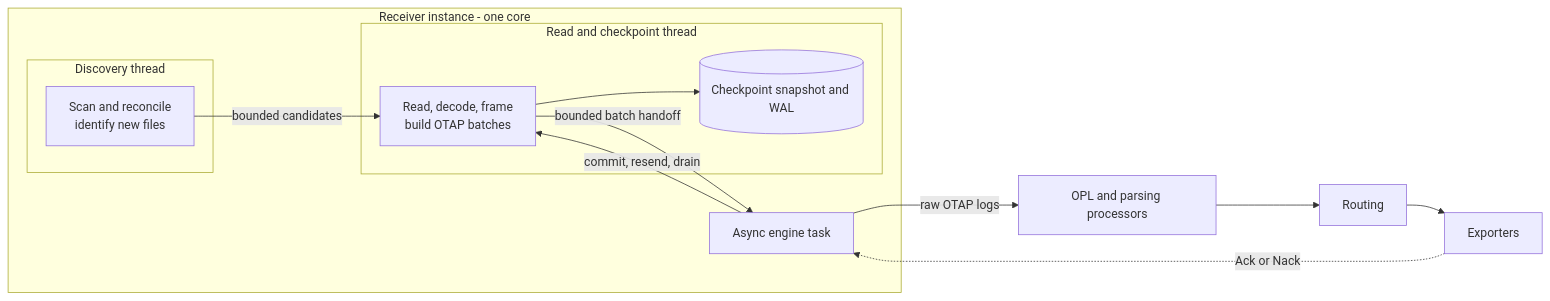
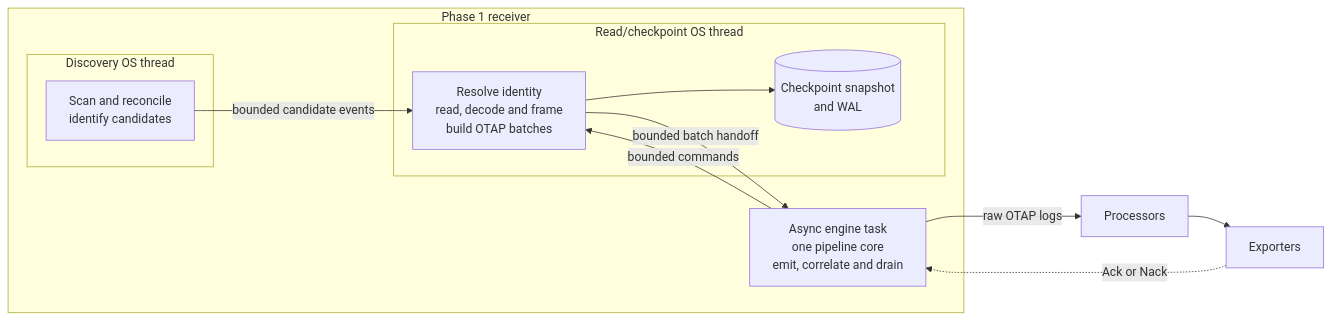
Before and after one commit to open-telemetry/otel-arrow: the first of 9 diagrams in rust/otap-dataflow/docs/filelog-receiver.md, drawn with Mermaid. The commit also changed other lines of this file, not shown here.

Commit message:
docs: clarify filelog contracts and diagrams

````diff
--- a/rust/otap-dataflow/docs/filelog-receiver.md
+++ b/rust/otap-dataflow/docs/filelog-receiver.md
@@ -176,18 +165,24 @@
 ```mermaid
 flowchart LR
-  subgraph receiver["Receiver instance - one core"]
-    subgraph discovery["Discovery thread"]
-      D["Scan and reconcile<br/>identify new files"]
+  subgraph receiver["Phase 1 receiver"]
+    subgraph discovery["Discovery OS thread"]
+      D["Scan and reconcile<br/>identify candidates"]
     end
-    D -->|"bounded candidates"| W
-    subgraph worker["Read and checkpoint thread"]
-      W["Read, decode, frame<br/>build OTAP batches"]
-      W --> CK[("Checkpoint snapshot and WAL")]
+
+    subgraph worker["Read/checkpoint OS thread"]
+      W["Resolve identity<br/>read, decode and frame<br/>build OTAP batches"]
+      C[("Checkpoint snapshot<br/>and WAL")]
+      W --> C
     end
-    W -->|"bounded batch handoff"| A["Async engine task"]
-    A -->|"commit, resend, drain"| W
+
+    A["Async engine task<br/>one pipeline core<br/>emit, correlate and drain"]
+
+    D -->|"bounded candidate events"| W
+    W -->|"bounded batch handoff"| A
+    A -->|"bounded commands"| W
   end
-  A -->|"raw OTAP logs"| P["OPL and parsing processors"]
-  P --> R["Routing"] --> E["Exporters"]
+
+  A -->|"raw OTAP logs"| P["Processors"]
+  P --> E["Exporters"]
   E -.->|"Ack or Nack"| A
 ```
````
